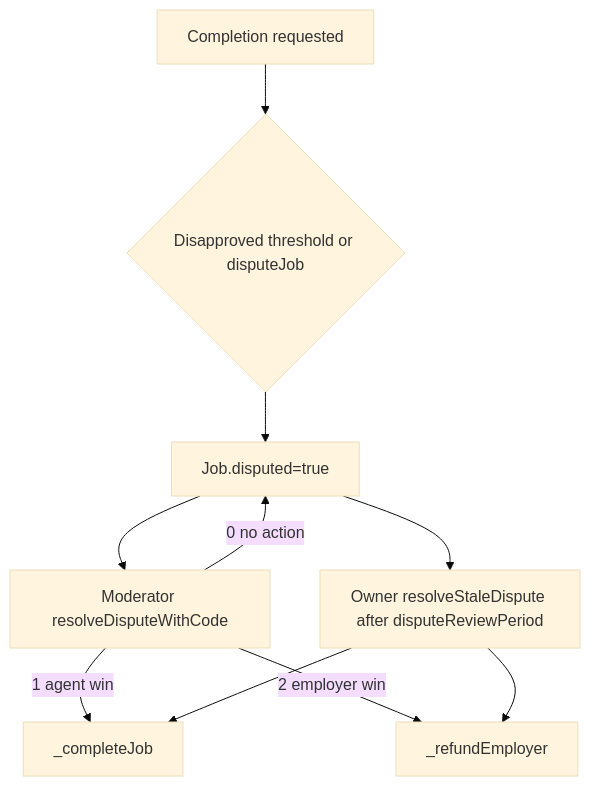
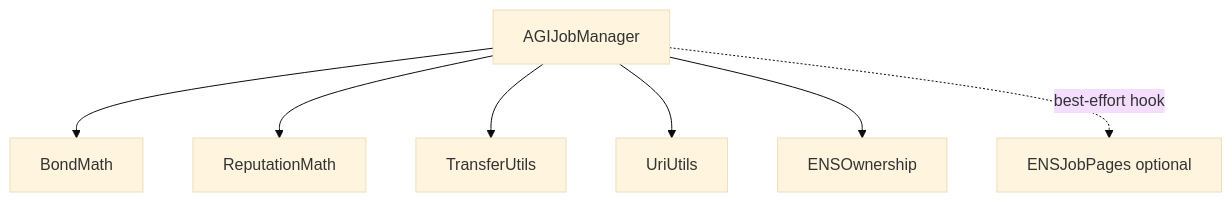
Before and after one commit to MontrealAI/AGIJobManager: the first of 2 diagrams in docs/CONTRACTS_OVERVIEW.md, drawn with Mermaid (base theme). The commit also changed other lines of this file and 14 other files, not shown here.

````diff
--- a/docs/CONTRACTS_OVERVIEW.md
+++ b/docs/CONTRACTS_OVERVIEW.md
@@ -39,12 +20,17 @@
 ```mermaid
 flowchart TD
-  A[Completion requested] --> B{Disapproved threshold or disputeJob}
-  B --> C[Job.disputed=true]
-  C --> D[Moderator resolveDisputeWithCode]
-  D -->|1 agent win| E[_completeJob]
-  D -->|2 employer win| F[_refundEmployer]
-  D -->|0 no action| C
-  C --> G[Owner resolveStaleDispute after disputeReviewPeriod]
-  G --> E
-  G --> F
+  A[AGIJobManager]
+  B[BondMath]
+  C[ReputationMath]
+  D[TransferUtils]
+  E[UriUtils]
+  F[ENSOwnership]
+  G[ENSJobPages optional]
+
+  A --> B
+  A --> C
+  A --> D
+  A --> E
+  A --> F
+  A -. best-effort hook .-> G
 ```
````
